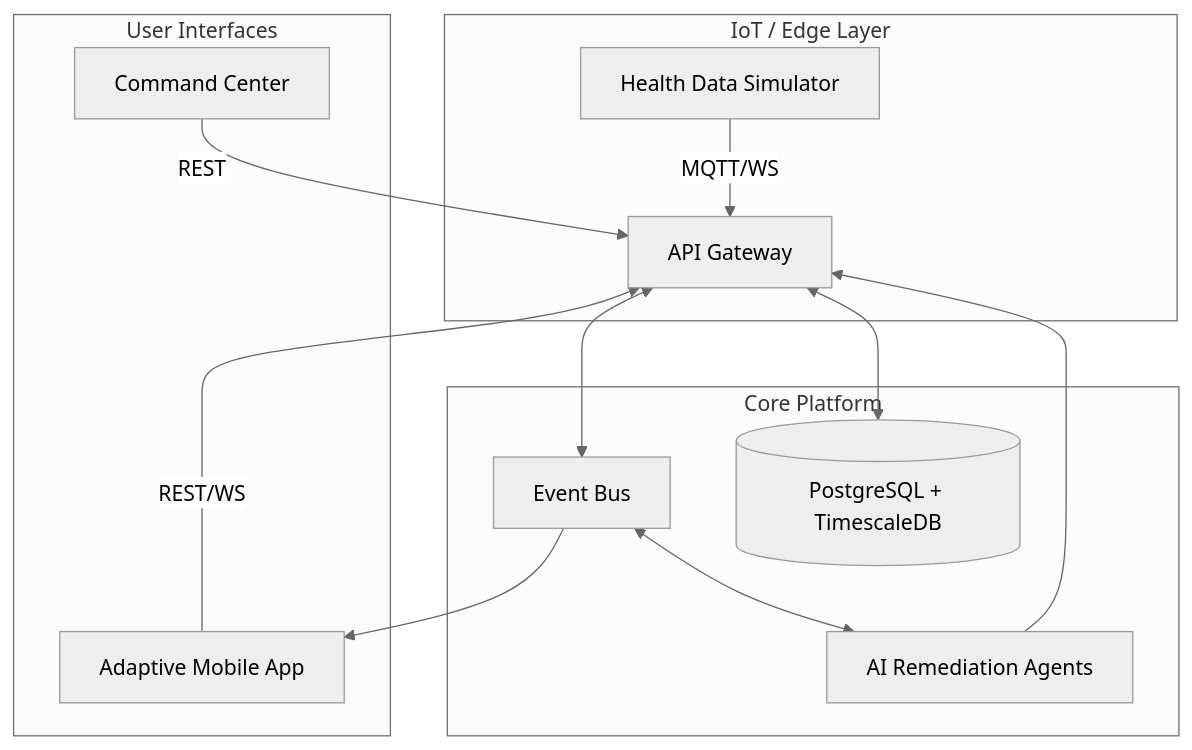
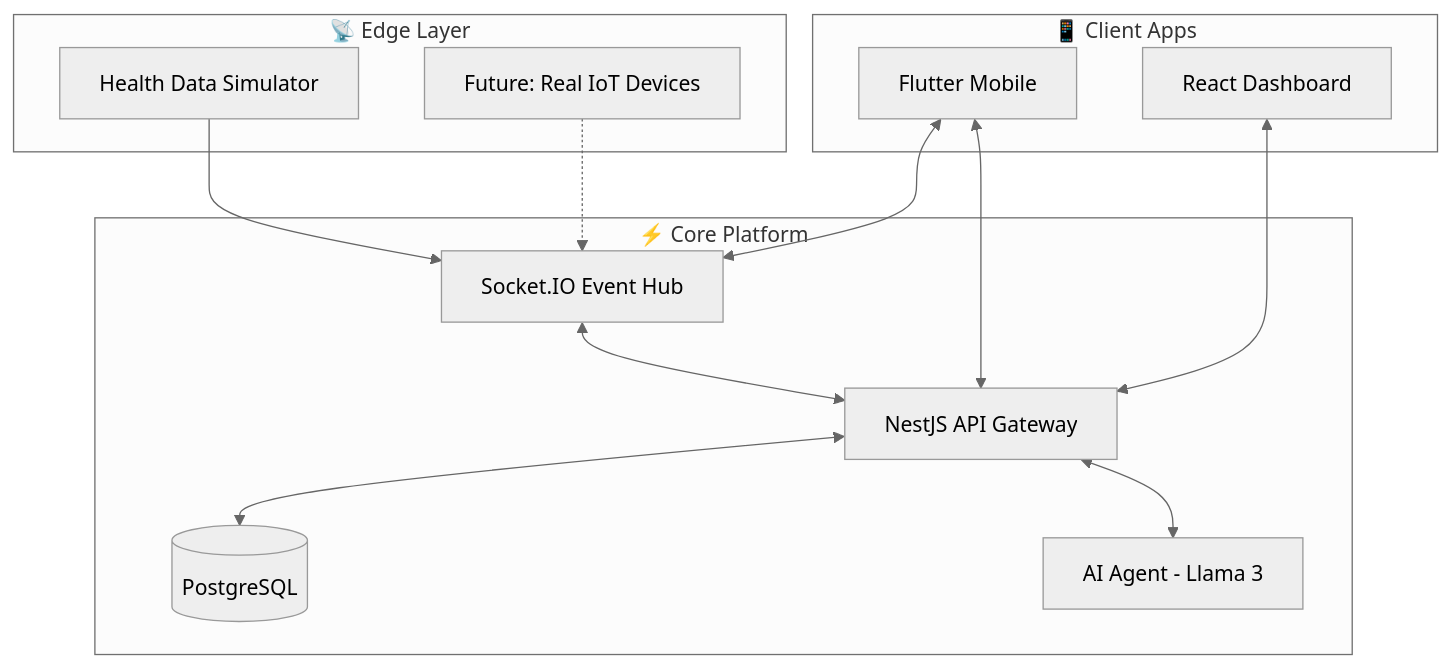
Before and after one commit to Veerhooda/AURA_ONE: the diagram in README.md, drawn with Mermaid (neutral theme). The commit also changed other lines of this file and 3 other files, not shown here.

````diff
--- a/README.md
+++ b/README.md
@@ -27,20 +36,28 @@
 ```mermaid
-graph TD
-    subgraph "IoT / Edge Layer"
-        Simulator[Health Data Simulator] -- MQTT/WS --> Gateway
+flowchart TB
+    subgraph edge["📡 Edge Layer"]
+        sim[Health Data Simulator]
+        iot[Future: Real IoT Devices]
     end
 
-    subgraph "Core Platform"
-        Gateway[API Gateway] <--> EventHub[Event Bus]
-        EventHub <--> Agents[AI Remediation Agents]
-        Gateway <--> DB[(PostgreSQL + TimescaleDB)]
+    subgraph core["⚡ Core Platform"]
+        api[NestJS API Gateway]
+        ws[Socket.IO Event Hub]
+        db[(PostgreSQL)]
+        ai[AI Agent - Llama 3]
     end
 
-    subgraph "User Interfaces"
-        Mobile[Adaptive Mobile App] -- REST/WS --> Gateway
-        Web[Command Center] -- REST --> Gateway
+    subgraph clients["📱 Client Apps"]
+        mobile[Flutter Mobile]
+        web[React Dashboard]
     end
 
-    EventHub --> Mobile
-    Agents --> Gateway
+    sim --> ws
+    iot -.-> ws
+    ws <--> api
+    api <--> db
+    api <--> ai
+    mobile <--> api
+    mobile <--> ws
+    web <--> api
 ```
````
